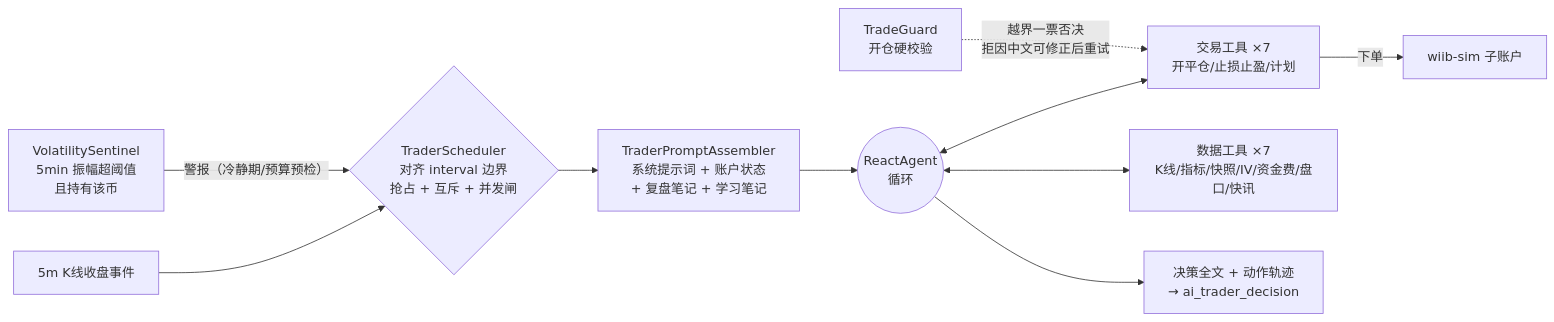
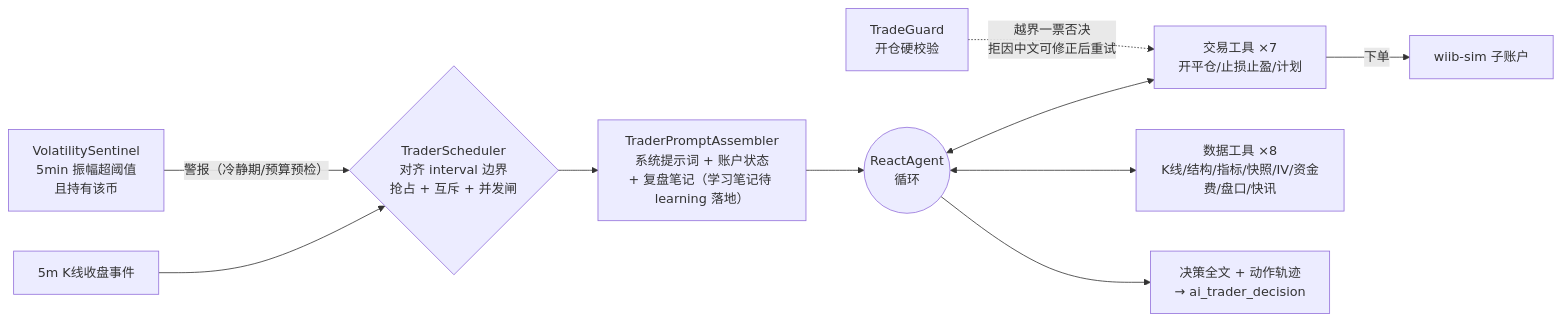
The third of 7 diagrams in README.md (mamawai/wiib), drawn with Mermaid before and after one commit. The commit also changed other lines of this file and 14 other files, not shown here.

````diff
--- a/README.md
+++ b/README.md
@@ -225,12 +232,12 @@
 ```mermaid
 flowchart LR
     CLK["5m K线收盘事件"] --> SCH{"TraderScheduler<br/>对齐 interval 边界<br/>抢占 + 互斥 + 并发闸"}
     SEN["VolatilitySentinel<br/>5min 振幅超阈值<br/>且持有该币"] -->|"警报（冷静期/预算预检）"| SCH
-    SCH --> PA["TraderPromptAssembler<br/>系统提示词 + 账户状态<br/>+ 复盘笔记 + 学习笔记"]
+    SCH --> PA["TraderPromptAssembler<br/>系统提示词 + 账户状态<br/>+ 复盘笔记（学习笔记待 learning 落地）"]
     PA --> RA(("ReactAgent<br/>循环"))
     RA <--> T1["交易工具 ×7<br/>开平仓/止损止盈/计划"]
-    RA <--> T2["数据工具 ×7<br/>K线/指标/快照/IV/资金费/盘口/快讯"]
+    RA <--> T2["数据工具 ×8<br/>K线/结构/指标/快照/IV/资金费/盘口/快讯"]
     RA --> OUT["决策全文 + 动作轨迹<br/>→ ai_trader_decision"]
     GUARD["TradeGuard<br/>开仓硬校验"] -.->|"越界一票否决<br/>拒因中文可修正后重试"| T1
     T1 -->|"下单"| SIMX["wiib-sim 子账户"]
 ```
````
